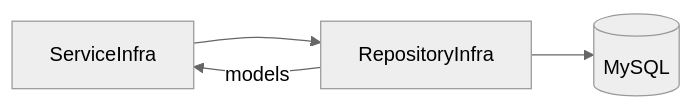
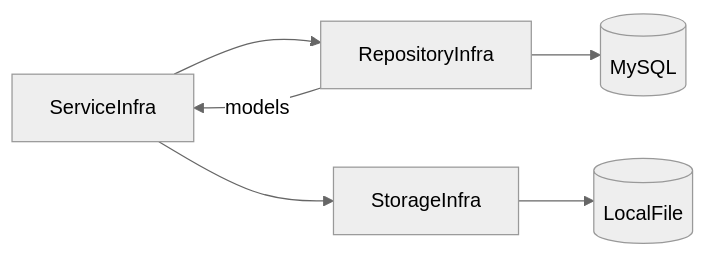
Before and after one commit to walf443/isucon11-final: the third of 3 diagrams in webapp/rust/README.md, drawn with Mermaid (neutral theme). The commit also changed other lines of this file, not shown here.

Commit message:
add storage explanation to README.md

````diff
--- a/webapp/rust/README.md
+++ b/webapp/rust/README.md
@@ -42,7 +44,9 @@
 ```mermaid
 
 flowchart LR
   ServiceInfra --> RepositoryInfra
+  ServiceInfra --> StorageInfra
   RepositoryInfra --> DB[(MySQL)]
   RepositoryInfra -- models --> ServiceInfra
+  StorageInfra --> ObjectStorage[(LocalFile)]
 ```
````
